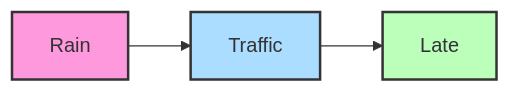
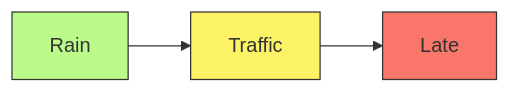
Before and after one commit to Chaklader/part-of-speech-tagging: the seventh of 13 diagrams in C_4.md, drawn with Mermaid. The commit also changed other lines of this file, not shown here.

````diff
--- a/C_4.md
+++ b/C_4.md
@@ -1230,9 +1257,10 @@
 ```mermaid
 graph LR
     R[Rain] --> T[Traffic]
     T --> L[Late]
 
-    style R fill:#f9d,stroke:#333,stroke-width:2px
-    style T fill:#adf,stroke:#333,stroke-width:2px
-    style L fill:#bfb,stroke:#333,stroke-width:2px
+    style R fill:#BCFB89,stroke:#333,stroke-width:1px
+    style T fill:#FBF266,stroke:#333,stroke-width:1px
+    style L fill:#FA756A,stroke:#333,stroke-width:1px
+
 ```
````
